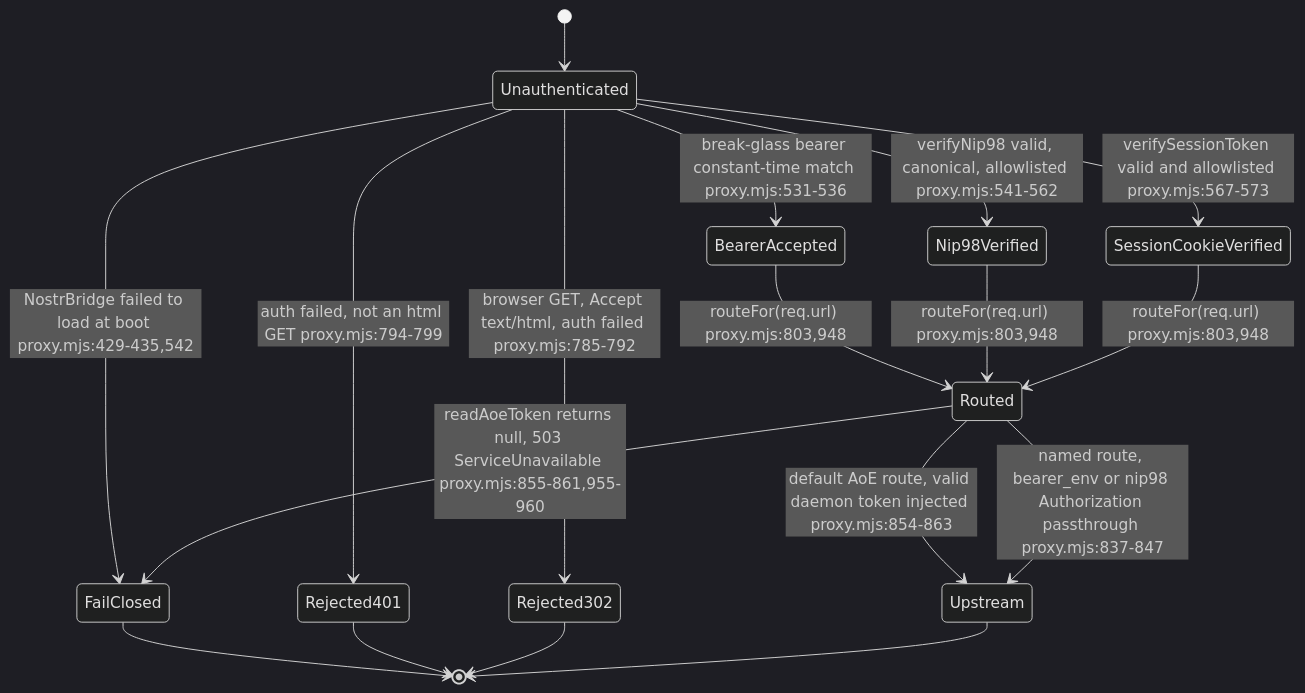
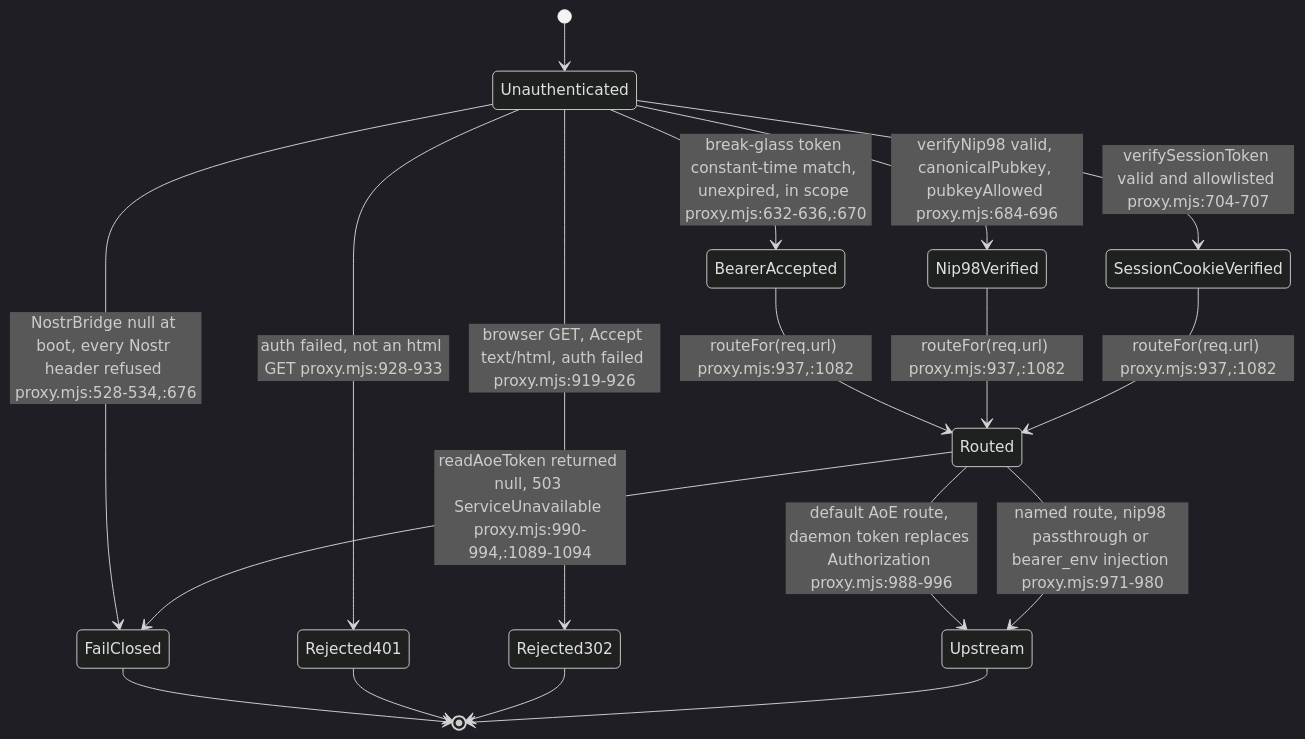
The fifth of 14 diagrams in docs/diagrams/agentbox/10-ingress-nip98-proxy-and-aoe.md (DreamLab-AI/VisionFlow), drawn with Mermaid (dark theme) before and after one commit. The commit also changed other lines of this file and 185 other files, not shown here.

Commit message:
docs(estate): reconcile diagrams and ADRs with source and define closeout sprint

````diff
--- a/docs/diagrams/agentbox/10-ingress-nip98-proxy-and-aoe.md
+++ b/docs/diagrams/agentbox/10-ingress-nip98-proxy-and-aoe.md
@@ -246,20 +252,20 @@
 ```mermaid
 stateDiagram-v2
     [*] --> Unauthenticated
-    Unauthenticated --> BearerAccepted: break-glass bearer constant-time match proxy.mjs:531-536
-    Unauthenticated --> Nip98Verified: verifyNip98 valid, canonical, allowlisted proxy.mjs:541-562
-    Unauthenticated --> SessionCookieVerified: verifySessionToken valid and allowlisted proxy.mjs:567-573
-    Unauthenticated --> Rejected302: browser GET, Accept text/html, auth failed proxy.mjs:785-792
-    Unauthenticated --> Rejected401: auth failed, not an html GET proxy.mjs:794-799
-    Unauthenticated --> FailClosed: NostrBridge failed to load at boot proxy.mjs:429-435,542
-    BearerAccepted --> Routed: routeFor(req.url) proxy.mjs:803,948
-    Nip98Verified --> Routed: routeFor(req.url) proxy.mjs:803,948
-    SessionCookieVerified --> Routed: routeFor(req.url) proxy.mjs:803,948
-    Routed --> Upstream: default AoE route, valid daemon token injected proxy.mjs:854-863
-    Routed --> Upstream: named route, bearer_env or nip98 Authorization passthrough proxy.mjs:837-847
-    Routed --> FailClosed: readAoeToken returns null, 503 ServiceUnavailable proxy.mjs:855-861,955-960
+    Unauthenticated --> BearerAccepted: break-glass token constant-time match, unexpired, in scope proxy.mjs:632-636,:670
+    Unauthenticated --> Nip98Verified: verifyNip98 valid, canonicalPubkey, pubkeyAllowed proxy.mjs:684-696
+    Unauthenticated --> SessionCookieVerified: verifySessionToken valid and allowlisted proxy.mjs:704-707
+    Unauthenticated --> Rejected302: browser GET, Accept text/html, auth failed proxy.mjs:919-926
+    Unauthenticated --> Rejected401: auth failed, not an html GET proxy.mjs:928-933
+    Unauthenticated --> FailClosed: NostrBridge null at boot, every Nostr header refused proxy.mjs:528-534,:676
+    BearerAccepted --> Routed: routeFor(req.url) proxy.mjs:937,:1082
+    Nip98Verified --> Routed: routeFor(req.url) proxy.mjs:937,:1082
+    SessionCookieVerified --> Routed: routeFor(req.url) proxy.mjs:937,:1082
+    Routed --> Upstream: default AoE route, daemon token replaces Authorization proxy.mjs:988-996
+    Routed --> Upstream: named route, nip98 passthrough or bearer_env injection proxy.mjs:971-980
+    Routed --> FailClosed: readAoeToken returned null, 503 ServiceUnavailable proxy.mjs:990-994,:1089-1094
     FailClosed --> [*]
     Rejected401 --> [*]
     Rejected302 --> [*]
     Upstream --> [*]
 ```
````
